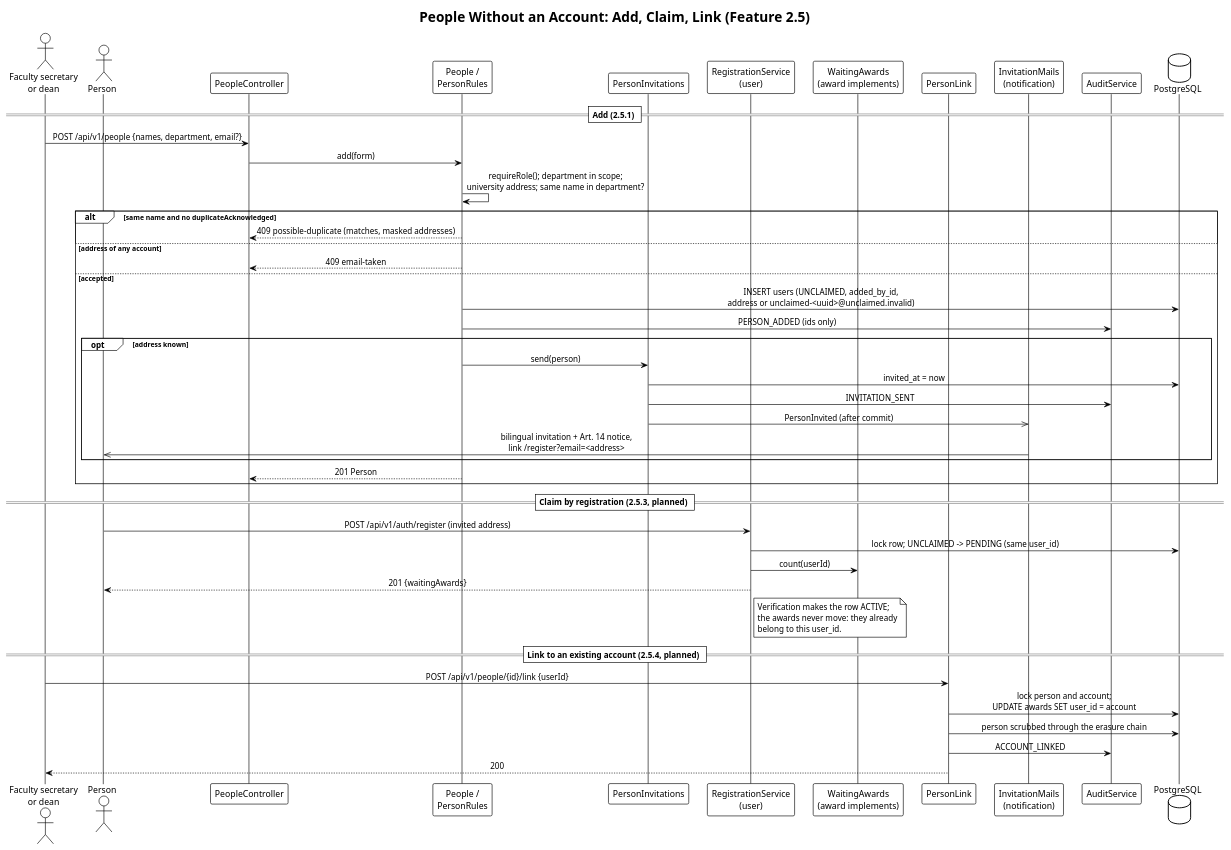
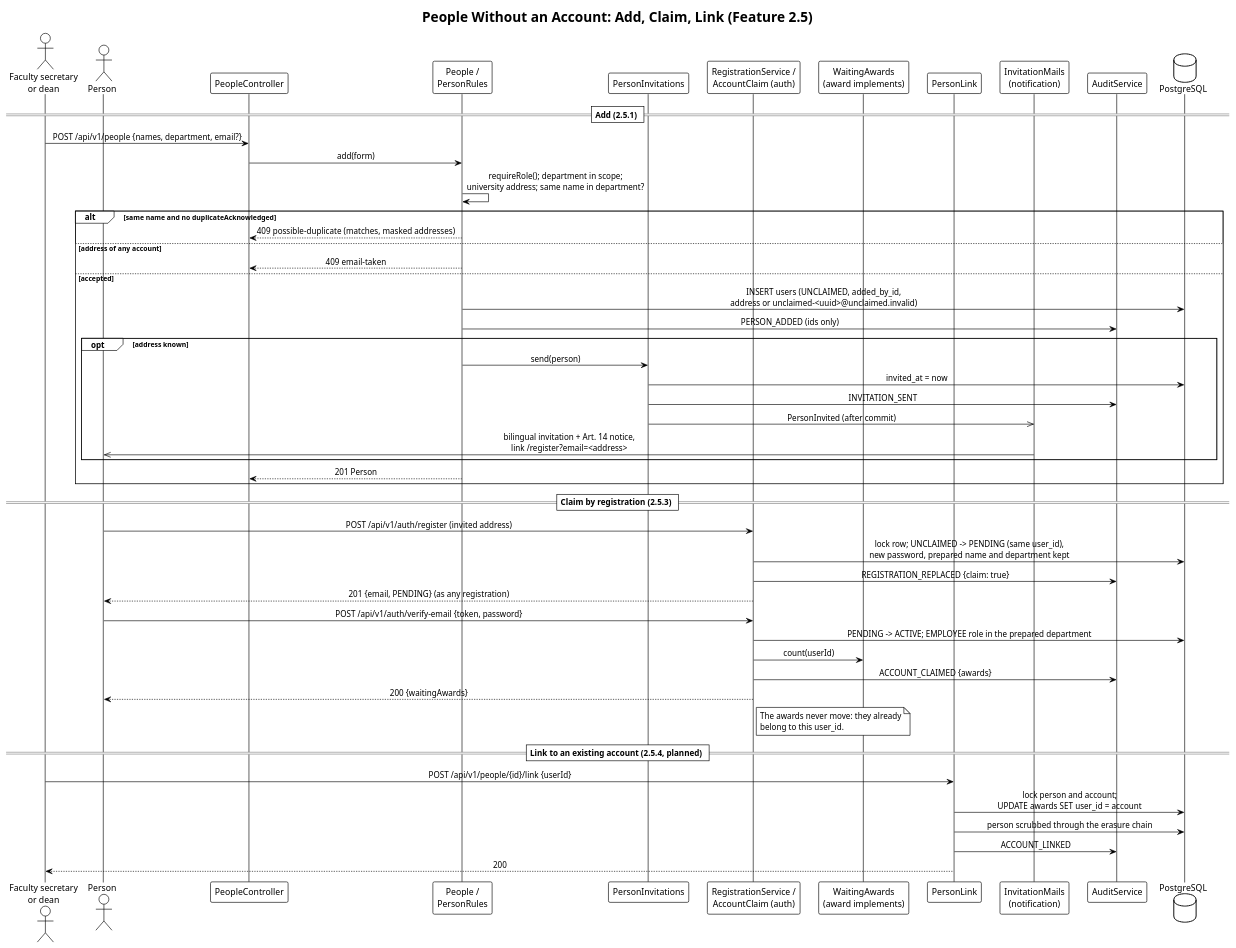
Before and after one commit to StKostyk/award-monitoring-system: the diagram in docs/diagrams/uml/sequence-person-claim-link.puml, drawn with PlantUML. The commit also changed 24 other files, not shown here.

Commit message:
feat(auth): let a person added without an account claim the row at registration

```diff
--- a/docs/diagrams/uml/sequence-person-claim-link.puml
+++ b/docs/diagrams/uml/sequence-person-claim-link.puml
@@ -1,57 +1,61 @@
 @startuml Sequence_Person_Claim_Link
 !theme plain
 skinparam sequenceMessageAlign center
 
 title People Without an Account: Add, Claim, Link (Feature 2.5)
 
 actor "Faculty secretary\nor dean" as secretary
 actor "Person" as person
 participant "PeopleController" as ctrl
 participant "People /\nPersonRules" as people
 participant "PersonInvitations" as invitations
-participant "RegistrationService\n(user)" as registration
+participant "RegistrationService /\nAccountClaim (auth)" as registration
 participant "WaitingAwards\n(award implements)" as waiting
 participant "PersonLink" as link
 participant "InvitationMails\n(notification)" as mails
 participant "AuditService" as audit
 database "PostgreSQL" as db
 
 == Add (2.5.1) ==
 secretary -> ctrl: POST /api/v1/people {names, department, email?}
 ctrl -> people: add(form)
 people -> people: requireRole(); department in scope;\nuniversity address; same name in department?
 alt same name and no duplicateAcknowledged
     people --> ctrl: 409 possible-duplicate (matches, masked addresses)
 else address of any account
     people --> ctrl: 409 email-taken
 else accepted
     people -> db: INSERT users (UNCLAIMED, added_by_id,\naddress or unclaimed-<uuid>@unclaimed.invalid)
     people -> audit: PERSON_ADDED (ids only)
     opt address known
         people -> invitations: send(person)
         invitations -> db: invited_at = now
         invitations -> audit: INVITATION_SENT
         invitations ->> mails: PersonInvited (after commit)
         mails ->> person: bilingual invitation + Art. 14 notice,\nlink /register?email=<address>
     end
     people --> ctrl: 201 Person
 end
 
-== Claim by registration (2.5.3, planned) ==
+== Claim by registration (2.5.3) ==
 person -> registration: POST /api/v1/auth/register (invited address)
-registration -> db: lock row; UNCLAIMED -> PENDING (same user_id)
+registration -> db: lock row; UNCLAIMED -> PENDING (same user_id),\nnew password, prepared name and department kept
+registration -> audit: REGISTRATION_REPLACED {claim: true}
+registration --> person: 201 {email, PENDING} (as any registration)
+person -> registration: POST /api/v1/auth/verify-email {token, password}
+registration -> db: PENDING -> ACTIVE; EMPLOYEE role in the prepared department
 registration -> waiting: count(userId)
-registration --> person: 201 {waitingAwards}
+registration -> audit: ACCOUNT_CLAIMED {awards}
+registration --> person: 200 {waitingAwards}
 note right of registration
-    Verification makes the row ACTIVE;
-    the awards never move: they already
+    The awards never move: they already
     belong to this user_id.
 end note
 
 == Link to an existing account (2.5.4, planned) ==
 secretary -> link: POST /api/v1/people/{id}/link {userId}
 link -> db: lock person and account;\nUPDATE awards SET user_id = account
 link -> db: person scrubbed through the erasure chain
 link -> audit: ACCOUNT_LINKED
 link --> secretary: 200
 @enduml
```
